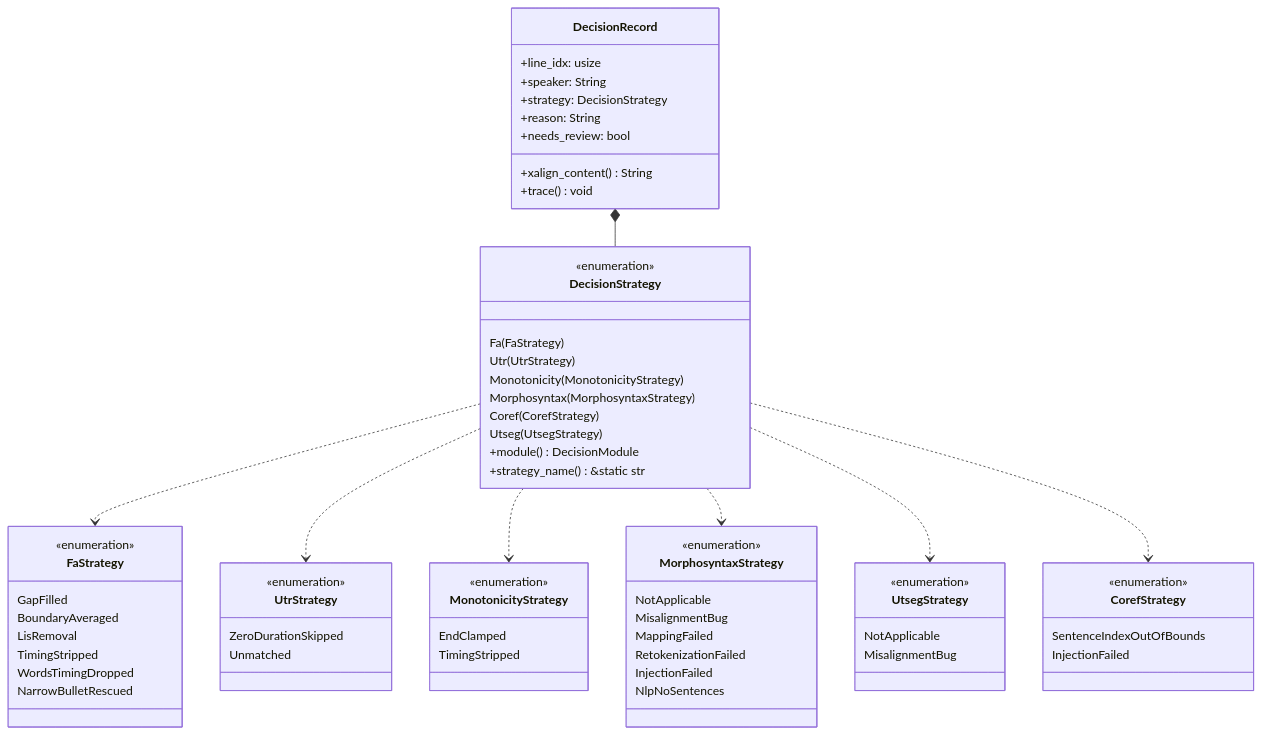
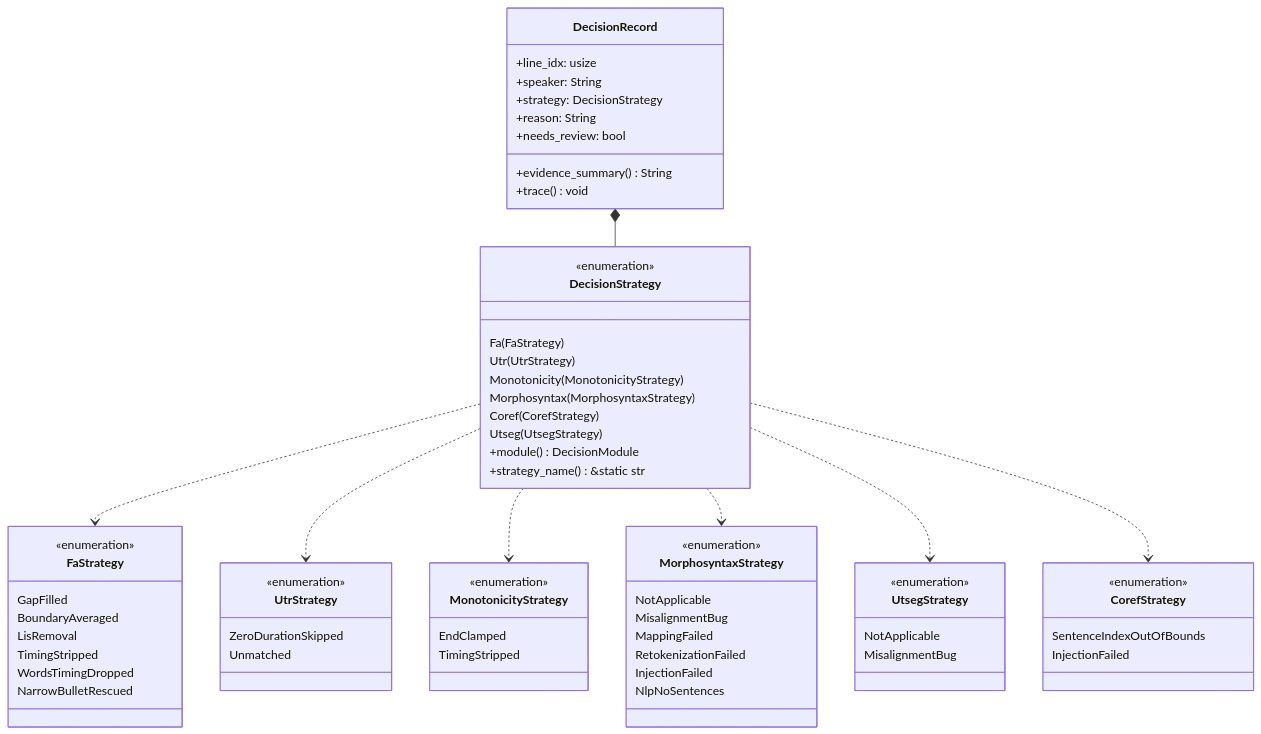
One commit to TalkBank/talkbank-tools changed the seventh of 9 diagrams in book/src/batchalign/architecture/pipeline-decisions.md. Above: the diagram before and after it, drawn with Mermaid. The commit also changed other lines of this file and 181 other files, not shown here.

First line of the commit message:
feat(batchalign)!: add replayable evidence architecture

````diff
--- a/book/src/batchalign/architecture/pipeline-decisions.md
+++ b/book/src/batchalign/architecture/pipeline-decisions.md
@@ -245,68 +293,68 @@
 ```mermaid
 classDiagram
     class DecisionRecord {
         +line_idx: usize
         +speaker: String
         +strategy: DecisionStrategy
         +reason: String
         +needs_review: bool
-        +xalign_content() String
+        +evidence_summary() String
         +trace() void
     }
     class DecisionStrategy {
         <<enumeration>>
         Fa(FaStrategy)
         Utr(UtrStrategy)
         Monotonicity(MonotonicityStrategy)
         Morphosyntax(MorphosyntaxStrategy)
         Coref(CorefStrategy)
         Utseg(UtsegStrategy)
         +module() DecisionModule
         +strategy_name() &static str
     }
     class FaStrategy {
         <<enumeration>>
         GapFilled
         BoundaryAveraged
         LisRemoval
         TimingStripped
         WordsTimingDropped
         NarrowBulletRescued
     }
     class UtrStrategy {
         <<enumeration>>
         ZeroDurationSkipped
         Unmatched
     }
     class MonotonicityStrategy {
         <<enumeration>>
         EndClamped
         TimingStripped
     }
     class MorphosyntaxStrategy {
         <<enumeration>>
         NotApplicable
         MisalignmentBug
         MappingFailed
         RetokenizationFailed
         InjectionFailed
         NlpNoSentences
     }
     class UtsegStrategy {
         <<enumeration>>
         NotApplicable
         MisalignmentBug
     }
     class CorefStrategy {
         <<enumeration>>
         SentenceIndexOutOfBounds
         InjectionFailed
     }
     DecisionRecord *-- DecisionStrategy
     DecisionStrategy ..> FaStrategy
     DecisionStrategy ..> UtrStrategy
     DecisionStrategy ..> MonotonicityStrategy
     DecisionStrategy ..> MorphosyntaxStrategy
     DecisionStrategy ..> UtsegStrategy
     DecisionStrategy ..> CorefStrategy
 ```
````
